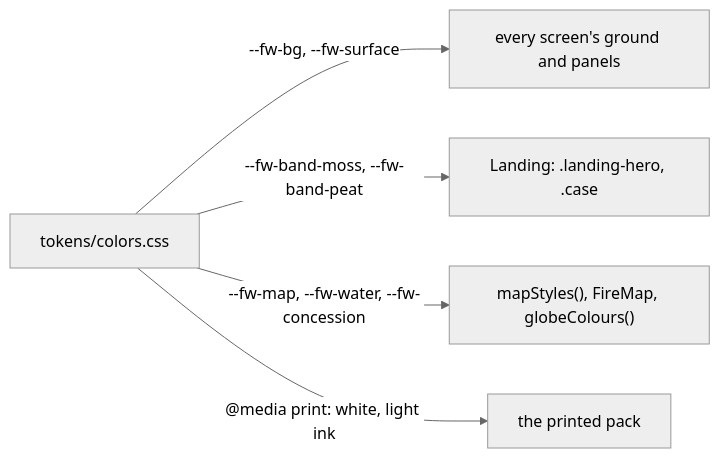
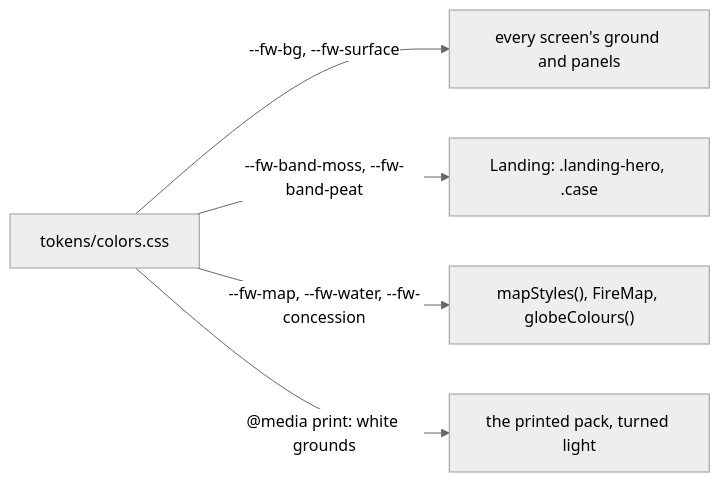
Before and after one commit to dzaffren/fire-watch: the second of 4 diagrams in docs/specs/palette.md, drawn with Mermaid (neutral theme). The commit also changed other lines of this file, not shown here.

Commit message:
docs(spec): say print whitens the grounds and the pack sets its ink
The print block keeps only the white grounds since db51f6c. The
interface still said every theme prints in the light theme's ink;
only the pack does, because it turns light on beforeprint.

````diff
--- a/docs/specs/palette.md
+++ b/docs/specs/palette.md
@@ -119,7 +119,7 @@
 ```mermaid
 flowchart LR
     T["tokens/colors.css"] -- "--fw-bg, --fw-surface" --> S[every screen's ground and panels]
     T -- "--fw-band-moss, --fw-band-peat" --> L["Landing: .landing-hero, .case"]
     T -- "--fw-map, --fw-water, --fw-concession" --> M["mapStyles(), FireMap, globeColours()"]
-    T -- "@media print: white, light ink" --> P[the printed pack]
+    T -- "@media print: white grounds" --> P["the printed pack, turned light"]
 ```
````
